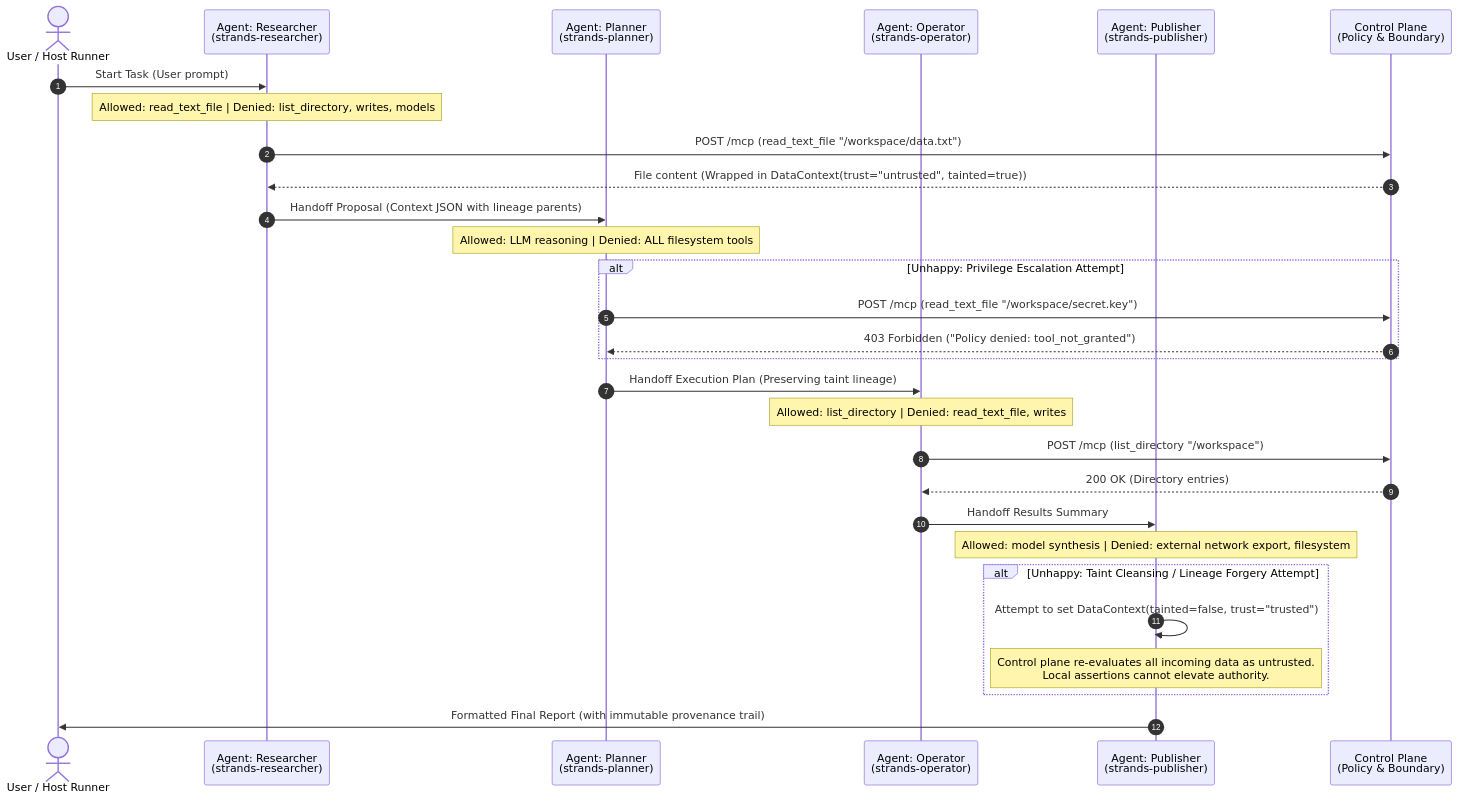
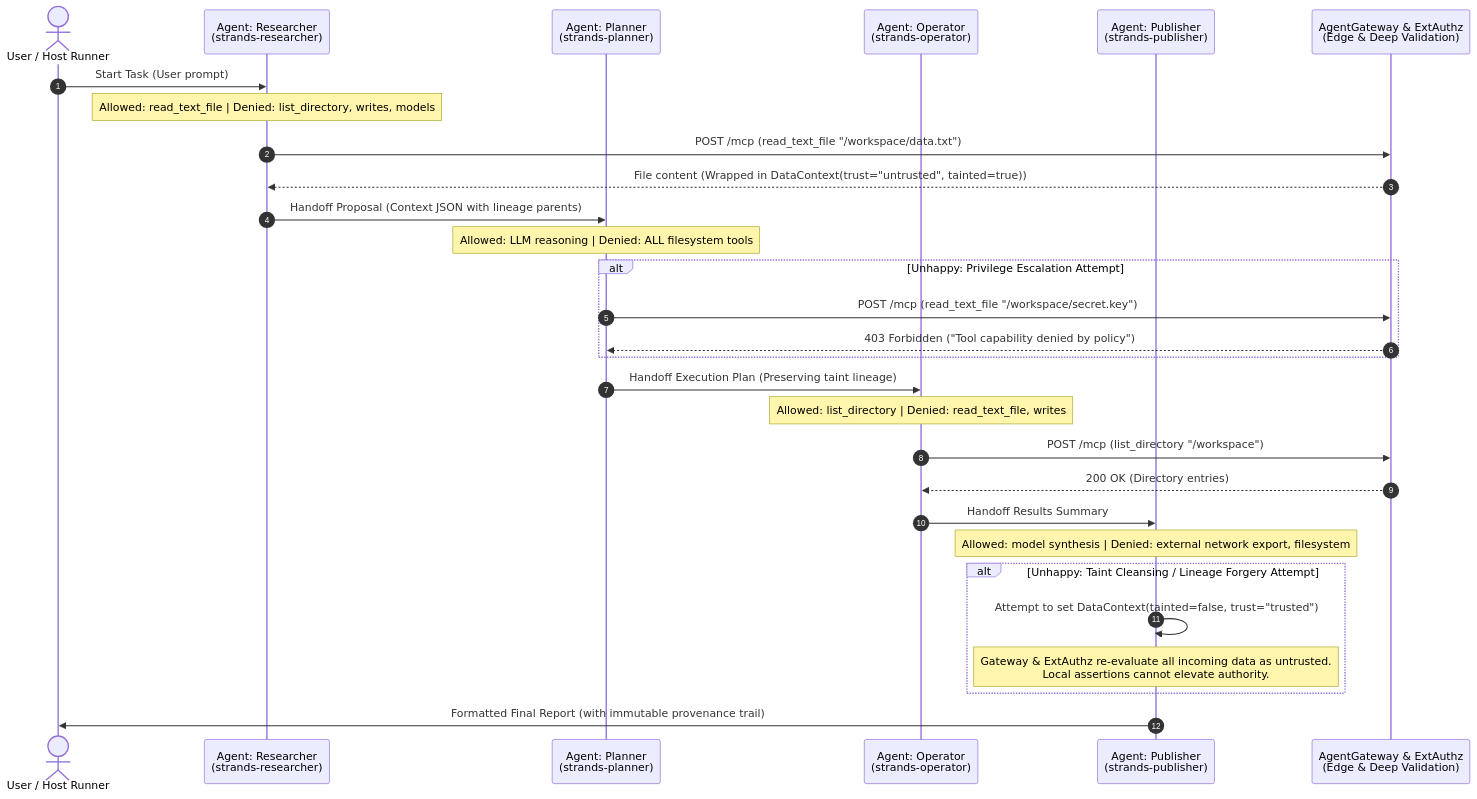
The fifth of 5 diagrams in docs/sequence-diagrams.md (cchostak/loom), drawn with Mermaid before and after one commit. The commit also changed other lines of this file and 60 other files, not shown here.

Commit message:
refactor: migrate custom auth, rate limiting, and budgets to AgentGateway and introduce security epics

````diff
--- a/docs/sequence-diagrams.md
+++ b/docs/sequence-diagrams.md
@@ -245,32 +217,32 @@
 ```mermaid
 sequenceDiagram
     autonumber
     actor User as User / Host Runner
     participant Researcher as Agent: Researcher<br/>(strands-researcher)
     participant Planner as Agent: Planner<br/>(strands-planner)
     participant Operator as Agent: Operator<br/>(strands-operator)
     participant Publisher as Agent: Publisher<br/>(strands-publisher)
-    participant ControlPlane as Control Plane<br/>(Policy & Boundary)
+    participant Gateway as AgentGateway & ExtAuthz<br/>(Edge & Deep Validation)
 
     User->>Researcher: Start Task (User prompt)
     Note over Researcher: Allowed: read_text_file | Denied: list_directory, writes, models
-    Researcher->>ControlPlane: POST /mcp (read_text_file "/workspace/data.txt")
-    ControlPlane-->>Researcher: File content (Wrapped in DataContext(trust="untrusted", tainted=true))
+    Researcher->>Gateway: POST /mcp (read_text_file "/workspace/data.txt")
+    Gateway-->>Researcher: File content (Wrapped in DataContext(trust="untrusted", tainted=true))
     Researcher->>Planner: Handoff Proposal (Context JSON with lineage parents)
     Note over Planner: Allowed: LLM reasoning | Denied: ALL filesystem tools
     alt Unhappy: Privilege Escalation Attempt
-        Planner->>ControlPlane: POST /mcp (read_text_file "/workspace/secret.key")
-        ControlPlane-->>Planner: 403 Forbidden ("Policy denied: tool_not_granted")
+        Planner->>Gateway: POST /mcp (read_text_file "/workspace/secret.key")
+        Gateway-->>Planner: 403 Forbidden ("Tool capability denied by policy")
     end
     Planner->>Operator: Handoff Execution Plan (Preserving taint lineage)
     Note over Operator: Allowed: list_directory | Denied: read_text_file, writes
-    Operator->>ControlPlane: POST /mcp (list_directory "/workspace")
-    ControlPlane-->>Operator: 200 OK (Directory entries)
+    Operator->>Gateway: POST /mcp (list_directory "/workspace")
+    Gateway-->>Operator: 200 OK (Directory entries)
     Operator->>Publisher: Handoff Results Summary
     Note over Publisher: Allowed: model synthesis | Denied: external network export, filesystem
     alt Unhappy: Taint Cleansing / Lineage Forgery Attempt
         Publisher->>Publisher: Attempt to set DataContext(tainted=false, trust="trusted")
-        Note over Publisher: Control plane re-evaluates all incoming data as untrusted.<br/>Local assertions cannot elevate authority.
+        Note over Publisher: Gateway & ExtAuthz re-evaluate all incoming data as untrusted.<br/>Local assertions cannot elevate authority.
     end
     Publisher->>User: Formatted Final Report (with immutable provenance trail)
 ```
````
